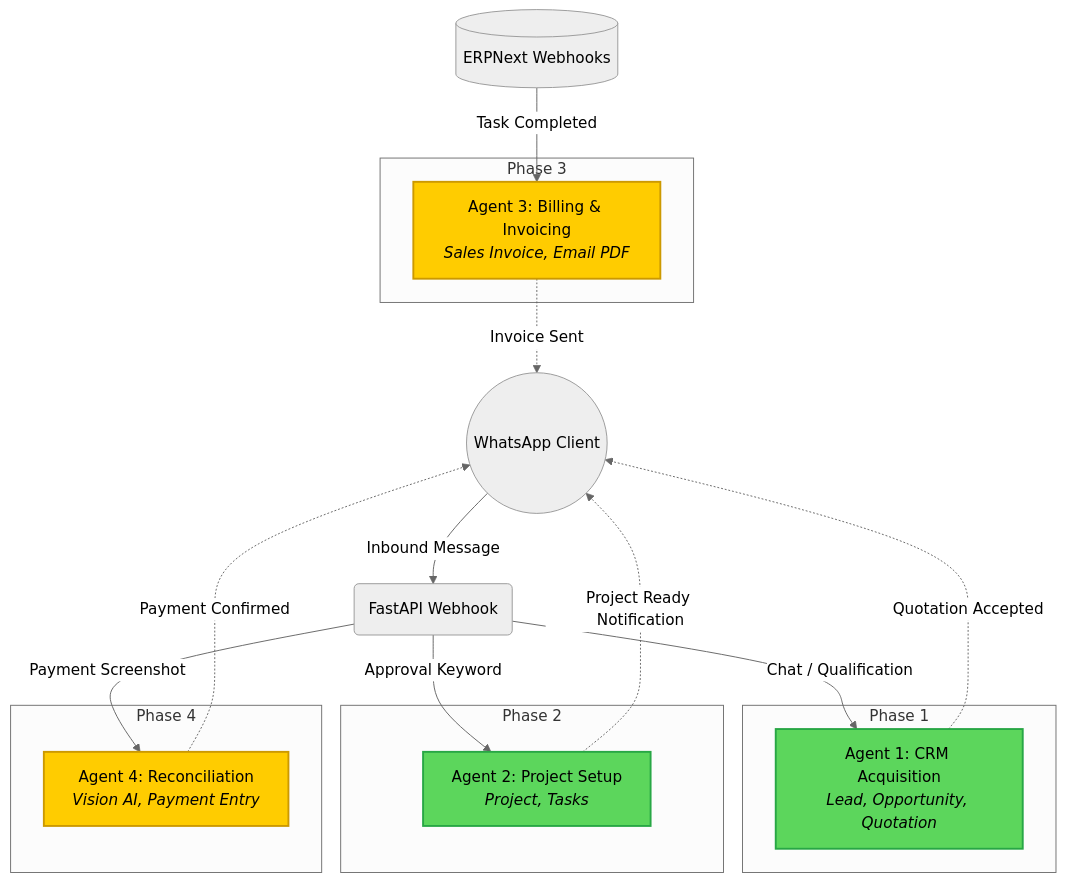
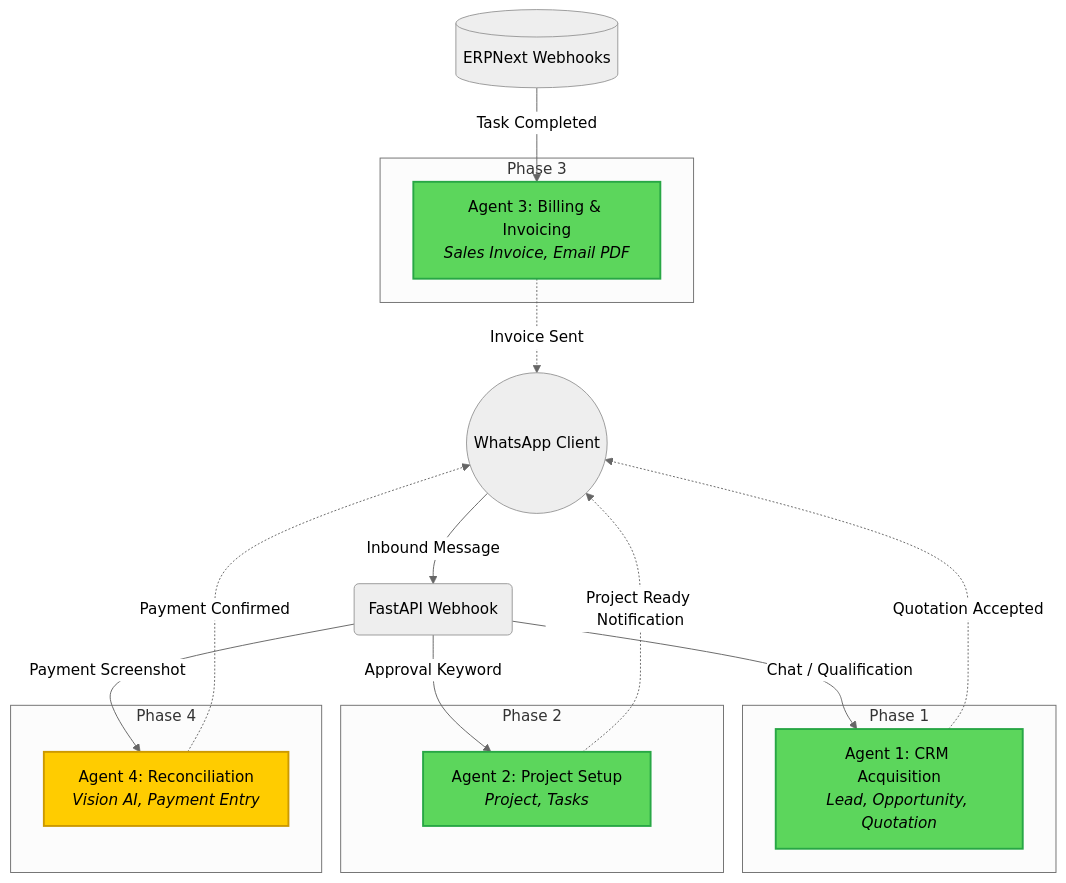
One commit to Iconic-Aman/ERPNext-auto changed the diagram in agent_status.md. Above: the diagram before and after it, drawn with Mermaid (neutral theme). The commit also changed 5 other files, not shown here.

First line of the commit message:
feat(billing): implement agent 3 for invoicing and webhook integration

````diff
--- a/agent_status.md
+++ b/agent_status.md
@@ -3,37 +3,37 @@
 ```mermaid
 graph TD
     classDef completed fill:#5cd65c,stroke:#28a745,stroke-width:2px,color:#000000;
     classDef pending fill:#ffcc00,stroke:#cc9900,stroke-width:2px,color:#000000;
 
     Client((WhatsApp Client))
 
     subgraph Phase 1
         Agent1[Agent 1: CRM Acquisition<br/><i>Lead, Opportunity, Quotation</i>]:::completed
     end
 
     subgraph Phase 2
         Agent2[Agent 2: Project Setup<br/><i>Project, Tasks</i>]:::completed
     end
 
     subgraph Phase 3
-        Agent3[Agent 3: Billing & Invoicing<br/><i>Sales Invoice, Email PDF</i>]:::pending
+        Agent3[Agent 3: Billing & Invoicing<br/><i>Sales Invoice, Email PDF</i>]:::completed
     end
 
     subgraph Phase 4
         Agent4[Agent 4: Reconciliation<br/><i>Vision AI, Payment Entry</i>]:::pending
     end
 
     Client -->|Inbound Message| Webhook(FastAPI Webhook)
     
     Webhook -->|Chat / Qualification| Agent1
     Agent1 -.->|Quotation Accepted| Client
 
     Webhook -->|Approval Keyword| Agent2
     Agent2 -.->|Project Ready Notification| Client
 
     ERPNext[(ERPNext Webhooks)] -->|Task Completed| Agent3
     Agent3 -.->|Invoice Sent| Client
 
     Webhook -->|Payment Screenshot| Agent4
     Agent4 -.->|Payment Confirmed| Client
 ```
````
